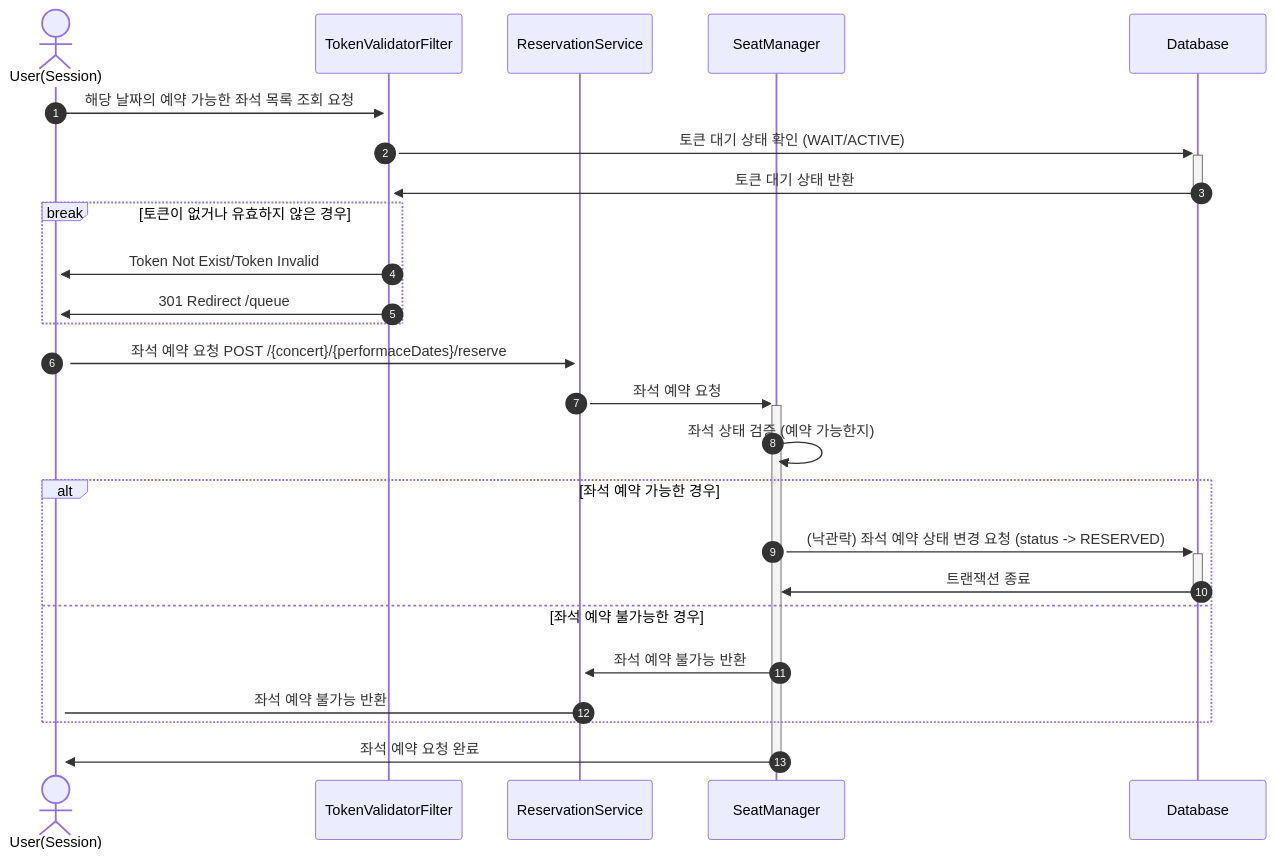
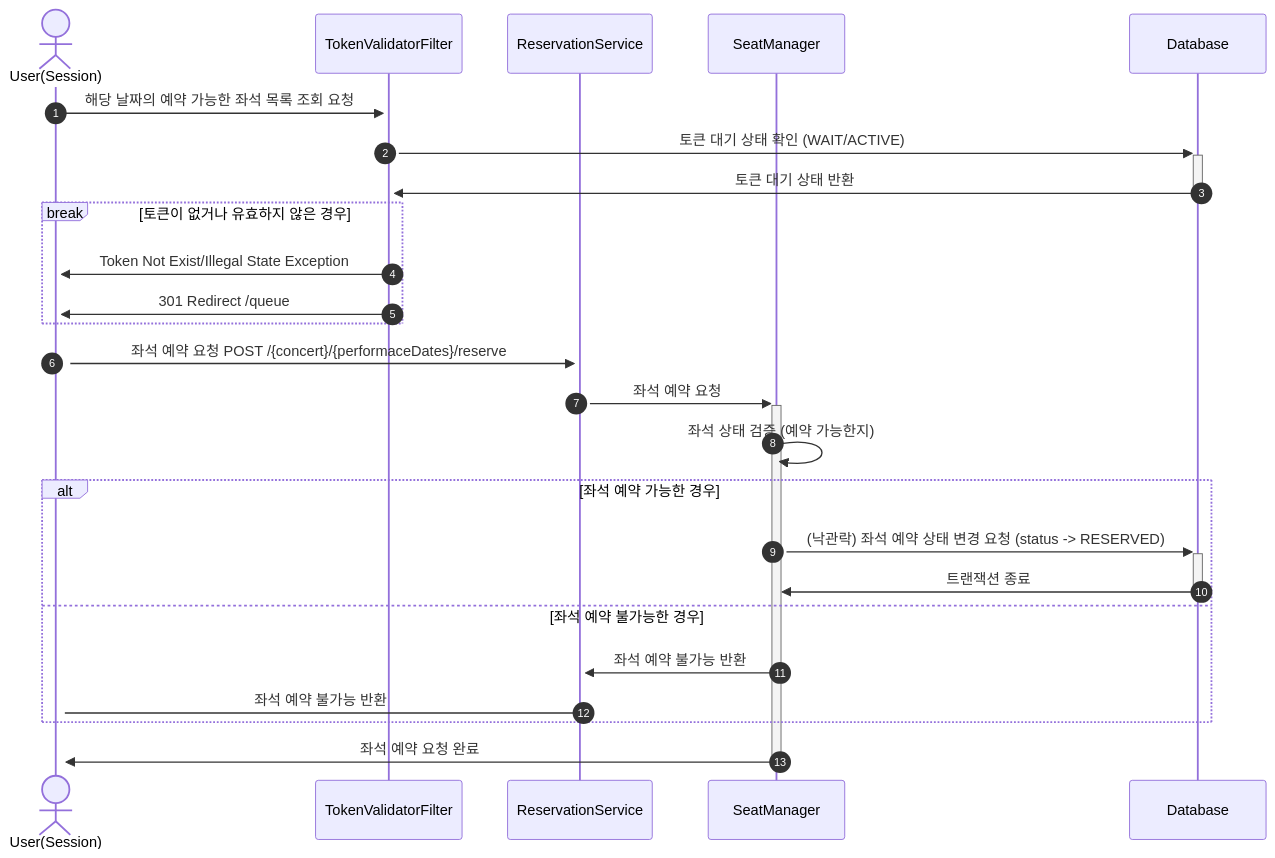
One commit to hpp-backend-15/java-concert-joonhyeokyang changed the diagram in docs/sequence/3.좌석-예약-요청.md. Above: the diagram before and after it, drawn with Mermaid. The commit also changed 2 other files, not shown here.

Commit message:
docs: Token status에 맞는 예외 반환

````diff
--- a/docs/sequence/3.좌석-예약-요청.md
+++ b/docs/sequence/3.좌석-예약-요청.md
@@ -7,28 +7,28 @@
 ```mermaid
 sequenceDiagram
     autonumber
     actor u as User(Session)
     participant tvf as TokenValidatorFilter
     participant rs as ReservationService
     participant sm as SeatManager
     participant db as Database
     u ->>+ tvf: 해당 날짜의 예약 가능한 좌석 목록 조회 요청
     tvf ->>+ db: 토큰 대기 상태 확인 (WAIT/ACTIVE)
     db ->>- tvf: 토큰 대기 상태 반환
     break 토큰이 없거나 유효하지 않은 경우
-        tvf ->>+ u: Token Not Exist/Token Invalid
+        tvf ->>+ u: Token Not Exist/Illegal State Exception
         tvf ->>+ u: 301 Redirect /queue
     end
 
     u ->>+ rs: 좌석 예약 요청 POST /{concert}/{performaceDates}/reserve
     rs ->>+ sm: 좌석 예약 요청
     sm ->> sm: 좌석 상태 검증 (예약 가능한지)
     alt 좌석 예약 가능한 경우
         sm ->>+ db: (낙관락) 좌석 예약 상태 변경 요청 (status -> RESERVED)
         db ->>- sm: 트랜잭션 종료
     else 좌석 예약 불가능한 경우
         sm ->> rs: 좌석 예약 불가능 반환
         rs -> u: 좌석 예약 불가능 반환
     end
     sm ->>- u: 좌석 예약 요청 완료
 ```
````
